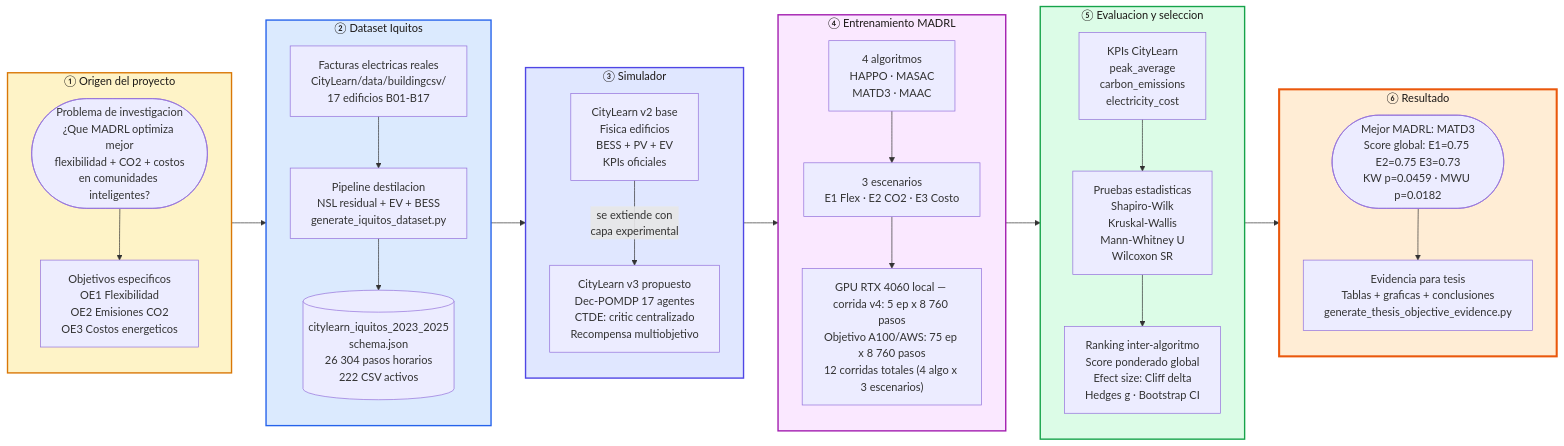
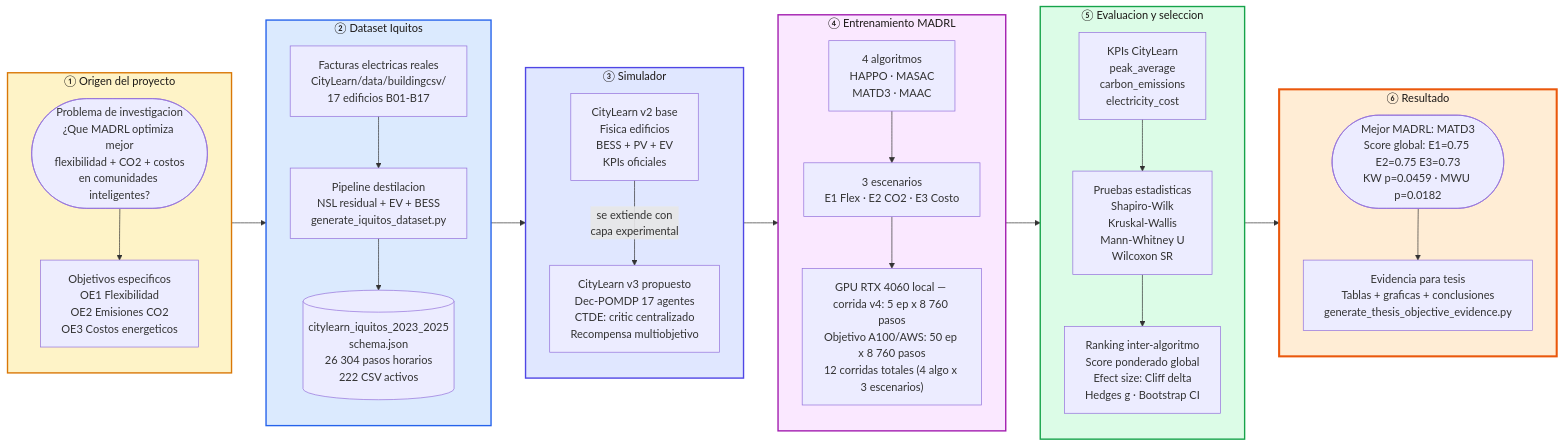
One commit to Mac-Tapia/MADRLCitytleranflexresdr changed the first of 9 diagrams in docs/architecture/ARQUITECTURA_PROYECTO_DEFENSA.md. Above: the diagram before and after it, drawn with Mermaid. The commit also changed other lines of this file and 21 other files, not shown here.

````diff
--- a/docs/architecture/ARQUITECTURA_PROYECTO_DEFENSA.md
+++ b/docs/architecture/ARQUITECTURA_PROYECTO_DEFENSA.md
@@ -19,67 +19,67 @@
 ```mermaid
 flowchart LR
     subgraph ORIGEN["① Origen del proyecto"]
         direction TB
         PROB(["Problema de investigacion\n¿Que MADRL optimiza mejor\nflexibilidad + CO2 + costos\nen comunidades inteligentes?"])
         OBJ["Objetivos especificos\nOE1 Flexibilidad\nOE2 Emisiones CO2\nOE3 Costos energeticos"]
         PROB --> OBJ
     end
 
     subgraph DATOS["② Dataset Iquitos"]
         direction TB
         RAW["Facturas electricas reales\nCityLearn/data/buildingcsv/\n17 edificios B01-B17"]
         PIPE["Pipeline destilacion\nNSL residual + EV + BESS\ngenerate_iquitos_dataset.py"]
         DS[("citylearn_iquitos_2023_2025\nschema.json\n26 304 pasos horarios\n222 CSV activos")]
         RAW --> PIPE --> DS
     end
 
     subgraph SIM["③ Simulador"]
         direction TB
         V2["CityLearn v2 base\nFisica edificios\nBESS + PV + EV\nKPIs oficiales"]
         V3["CityLearn v3 propuesto\nDec-POMDP 17 agentes\nCTDE: critic centralizado\nRecompensa multiobjetivo"]
         V2 -->|"se extiende con\ncapa experimental"| V3
     end
 
     subgraph MADRL_BLOQUE["④ Entrenamiento MADRL"]
         direction TB
         ALGS["4 algoritmos\nHAPPO · MASAC\nMATD3 · MAAC"]
         EJES["3 escenarios\nE1 Flex · E2 CO2 · E3 Costo"]
-        GPU["GPU RTX 4060 local — corrida v4: 5 ep x 8 760 pasos\nObjetivo A100/AWS: 75 ep x 8 760 pasos\n12 corridas totales (4 algo x 3 escenarios)"]
+        GPU["GPU RTX 4060 local — corrida v4: 5 ep x 8 760 pasos\nObjetivo A100/AWS: 50 ep x 8 760 pasos\n12 corridas totales (4 algo x 3 escenarios)"]
         ALGS --> EJES --> GPU
     end
 
     subgraph EVAL["⑤ Evaluacion y seleccion"]
         direction TB
         KPIS["KPIs CityLearn\npeak_average\ncarbon_emissions\nelectricity_cost"]
         STAT["Pruebas estadisticas\nShapiro-Wilk\nKruskal-Wallis\nMann-Whitney U\nWilcoxon SR"]
         RANK["Ranking inter-algoritmo\nScore ponderado global\nEfect size: Cliff delta\nHedges g · Bootstrap CI"]
         KPIS --> STAT --> RANK
     end
 
     subgraph RESULT["⑥ Resultado"]
         direction TB
         MEJOR(["Mejor MADRL: MATD3\nScore global: E1=0.75 E2=0.75 E3=0.73\nKW p=0.0459 · MWU p=0.0182"])
         TESIS["Evidencia para tesis\nTablas + graficas + conclusiones\ngenerate_thesis_objective_evidence.py"]
         MEJOR --> TESIS
     end
 
     ORIGEN --> DATOS
     DATOS --> SIM
     SIM --> MADRL_BLOQUE
     MADRL_BLOQUE --> EVAL
     EVAL --> RESULT
 
     classDef origen fill:#fef3c7,stroke:#d97706,color:#1c1917,stroke-width:2px
     classDef datos fill:#dbeafe,stroke:#2563eb,color:#1c1917,stroke-width:2px
     classDef sim fill:#e0e7ff,stroke:#4f46e5,color:#1c1917,stroke-width:2px
     classDef madrl fill:#fae8ff,stroke:#a21caf,color:#1c1917,stroke-width:2px
     classDef eval fill:#dcfce7,stroke:#16a34a,color:#1c1917,stroke-width:2px
     classDef result fill:#ffedd5,stroke:#ea580c,color:#1c1917,stroke-width:3px
 
     class ORIGEN origen
     class DATOS datos
     class SIM sim
     class MADRL_BLOQUE madrl
     class EVAL eval
     class RESULT result
 ```
````
